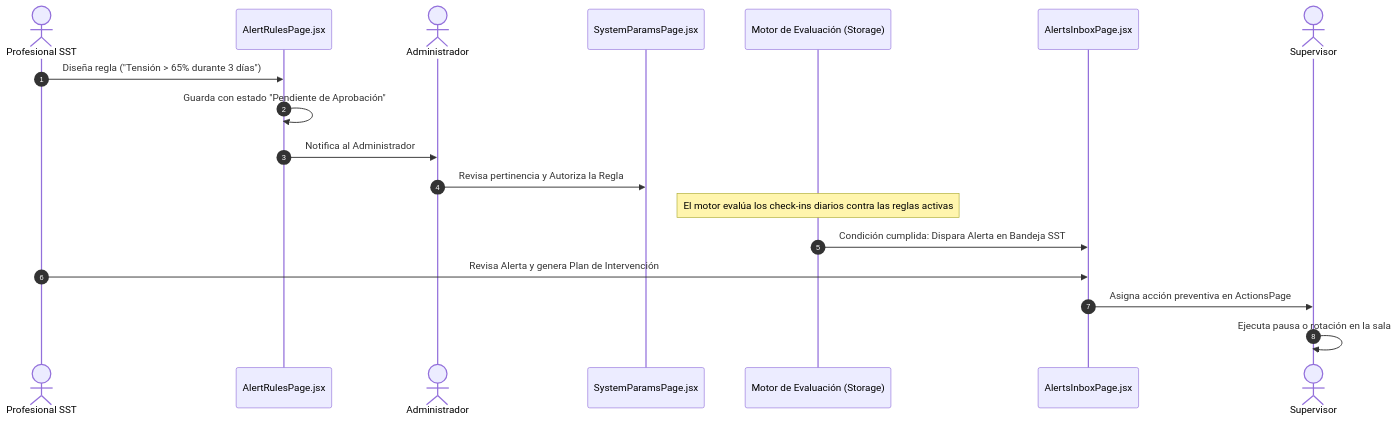
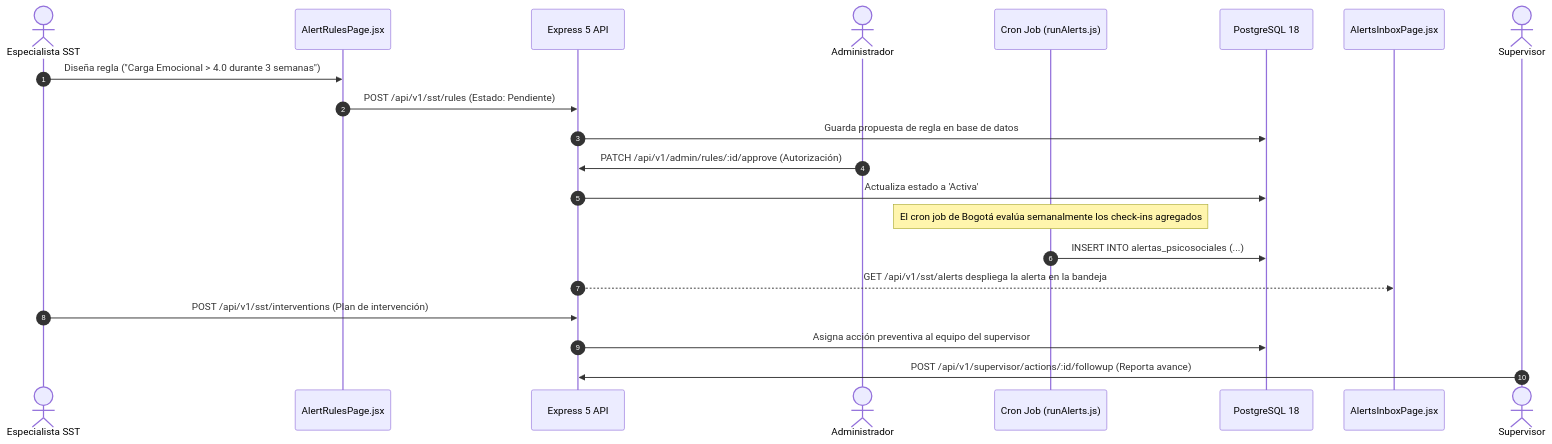
Before and after one commit to SODI1999/Pulso360: the diagram in docs/libro-pulso360/07_modulo_sst.md, drawn with Mermaid. The commit also changed other lines of this file and 13 other files, not shown here.

Commit message:
docs(libro): actualizar los 13 capitulos del libro tecnico con arquitectura fullstack express postgresql y websockets

````diff
--- a/docs/libro-pulso360/07_modulo_sst.md
+++ b/docs/libro-pulso360/07_modulo_sst.md
@@ -25,21 +25,24 @@
 ```mermaid
 sequenceDiagram
     autonumber
-    actor SST as Profesional SST
+    actor SST as Especialista SST
     participant R as AlertRulesPage.jsx
+    participant API as Express 5 API
     actor ADM as Administrador
-    participant P as SystemParamsPage.jsx
-    participant E as Motor de Evaluación (Storage)
+    participant JOB as Cron Job (runAlerts.js)
+    participant PG as PostgreSQL 18
     participant B as AlertsInboxPage.jsx
     actor SUP as Supervisor
 
-    SST->>R: Diseña regla ("Tensión > 65% durante 3 días")
-    R->>R: Guarda con estado "Pendiente de Aprobación"
-    R->>ADM: Notifica al Administrador
-    ADM->>P: Revisa pertinencia y Autoriza la Regla
-    Note over E: El motor evalúa los check-ins diarios contra las reglas activas
-    E->>B: Condición cumplida: Dispara Alerta en Bandeja SST
-    SST->>B: Revisa Alerta y genera Plan de Intervención
-    B->>SUP: Asigna acción preventiva en ActionsPage
-    SUP->>SUP: Ejecuta pausa o rotación en la sala
+    SST->>R: Diseña regla ("Carga Emocional > 4.0 durante 3 semanas")
+    R->>API: POST /api/v1/sst/rules (Estado: Pendiente)
+    API->>PG: Guarda propuesta de regla en base de datos
+    ADM->>API: PATCH /api/v1/admin/rules/:id/approve (Autorización)
+    API->>PG: Actualiza estado a 'Activa'
+    Note over JOB: El cron job de Bogotá evalúa semanalmente los check-ins agregados
+    JOB->>PG: INSERT INTO alertas_psicosociales (...)
+    API-->>B: GET /api/v1/sst/alerts despliega la alerta en la bandeja
+    SST->>API: POST /api/v1/sst/interventions (Plan de intervención)
+    API->>PG: Asigna acción preventiva al equipo del supervisor
+    SUP->>API: POST /api/v1/supervisor/actions/:id/followup (Reporta avance)
 ```
````
